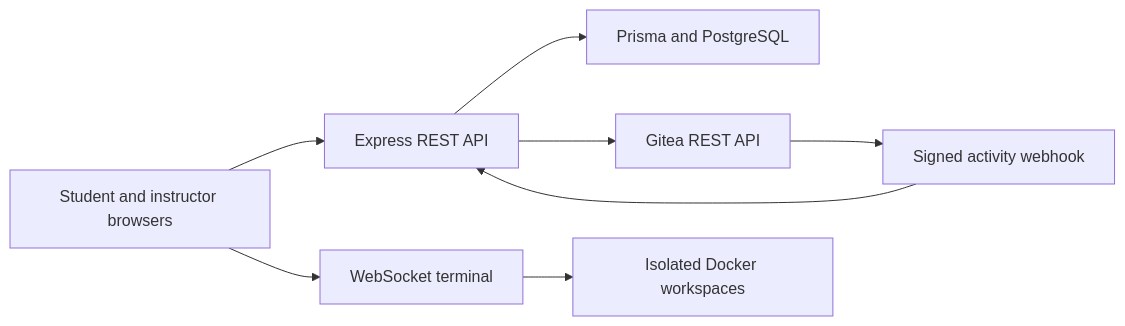
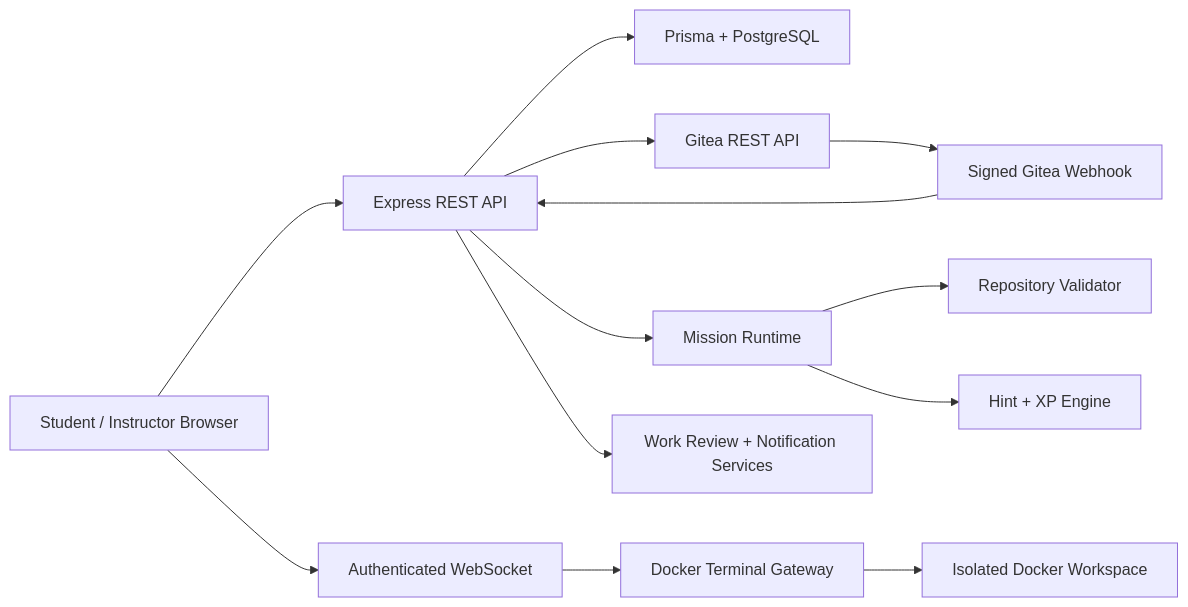
The diagram in README.md (shabab122/GitStack), drawn with Mermaid before and after one commit. The commit also changed other lines of this file, not shown here.

````diff
--- a/README.md
+++ b/README.md
@@ -43,10 +508,22 @@
 ```mermaid
 flowchart LR
-    Browser["Student and instructor browsers"] --> API["Express REST API"]
-    Browser --> WS["WebSocket terminal"]
-    API --> DB["Prisma and PostgreSQL"]
+    Browser["Student / Instructor Browser"]
+
+    Browser --> API["Express REST API"]
+    Browser --> WS["Authenticated WebSocket"]
+
+    API --> DB["Prisma + PostgreSQL"]
     API --> Gitea["Gitea REST API"]
-    WS --> Sandbox["Isolated Docker workspaces"]
-    Gitea --> Webhook["Signed activity webhook"]
+
+    WS --> Terminal["Docker Terminal Gateway"]
+    Terminal --> Sandbox["Isolated Docker Workspace"]
+
+    Gitea --> Webhook["Signed Gitea Webhook"]
     Webhook --> API
+
+    API --> Mission["Mission Runtime"]
+    Mission --> Validator["Repository Validator"]
+    Mission --> Hints["Hint + XP Engine"]
+
+    API --> Reviews["Work Review + Notification Services"]
 ```
````
